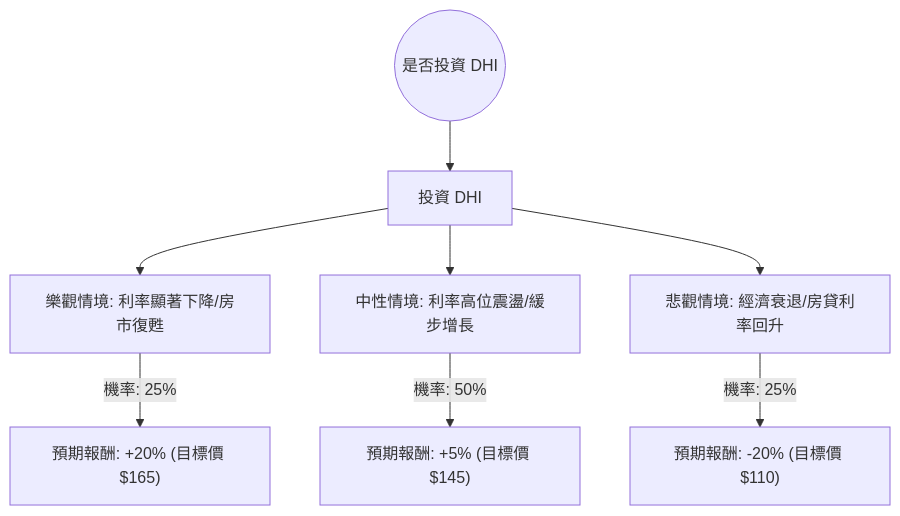
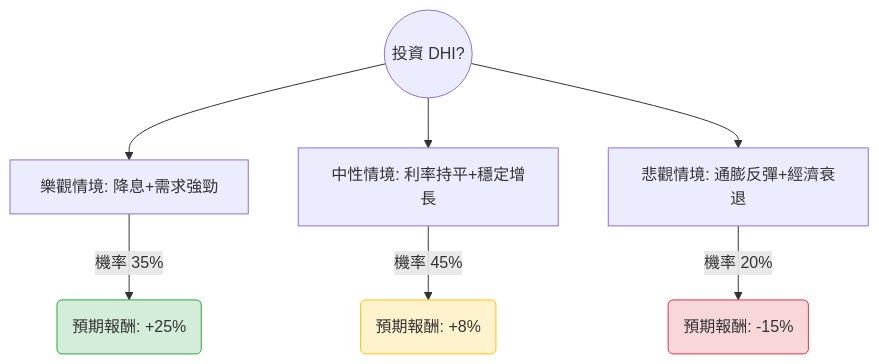
Before and after one commit to zmcx16/zmcx16.github.io: the diagram in plugin-react/ai-analysis/ev-analysis/DHI.md, drawn with Mermaid. The commit also changed other lines of this file and 50 other files, not shown here.

````diff
--- a/plugin-react/ai-analysis/ev-analysis/DHI.md
+++ b/plugin-react/ai-analysis/ev-analysis/DHI.md
@@ -19,12 +19,14 @@
 ```mermaid
 graph TD
-    Start((是否投資 DHI)) --> Invest[投資 DHI]
-    
-    Invest --> Bull[樂觀情境: 利率顯著下降/房市復甦]
-    Invest --> Base[中性情境: 利率高位震盪/緩步增長]
-    Invest --> Bear[悲觀情境: 經濟衰退/房貸利率回升]
+    Start((投資 DHI?)) --> Bull[樂觀情境: 降息+需求強勁]
+    Start --> Base[中性情境: 利率持平+穩定增長]
+    Start --> Bear[悲觀情境: 通膨反彈+經濟衰退]
 
-    Bull -- "機率: 25%" --> BullResult["預期報酬: +20% (目標價 $165)"]
-    Base -- "機率: 50%" --> BaseResult["預期報酬: +5% (目標價 $145)"]
-    Bear -- "機率: 25%" --> BearResult["預期報酬: -20% (目標價 $110)"]
+    Bull -- "機率 35%" --> BullResult(預期報酬: +25%)
+    Base -- "機率 45%" --> BaseResult(預期報酬: +8%)
+    Bear -- "機率 20%" --> BearResult(預期報酬: -15%)
+
+    style BullResult fill:#d4edda,stroke:#28a745
+    style BaseResult fill:#fff3cd,stroke:#ffc107
+    style BearResult fill:#f8d7da,stroke:#dc3545
 ```
````
